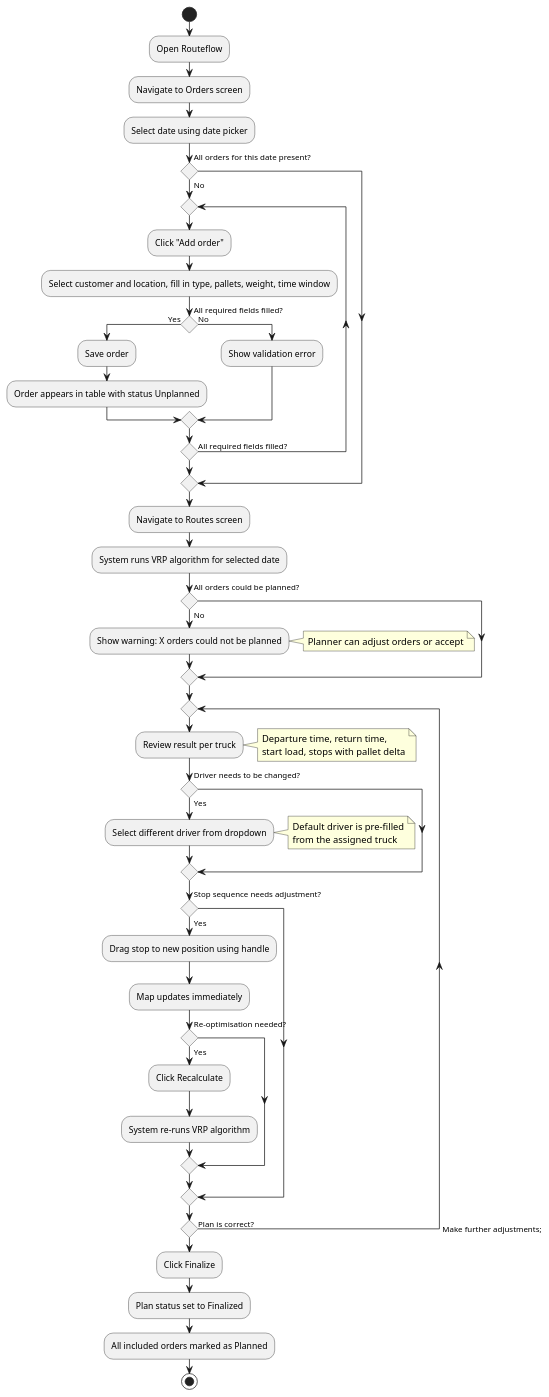
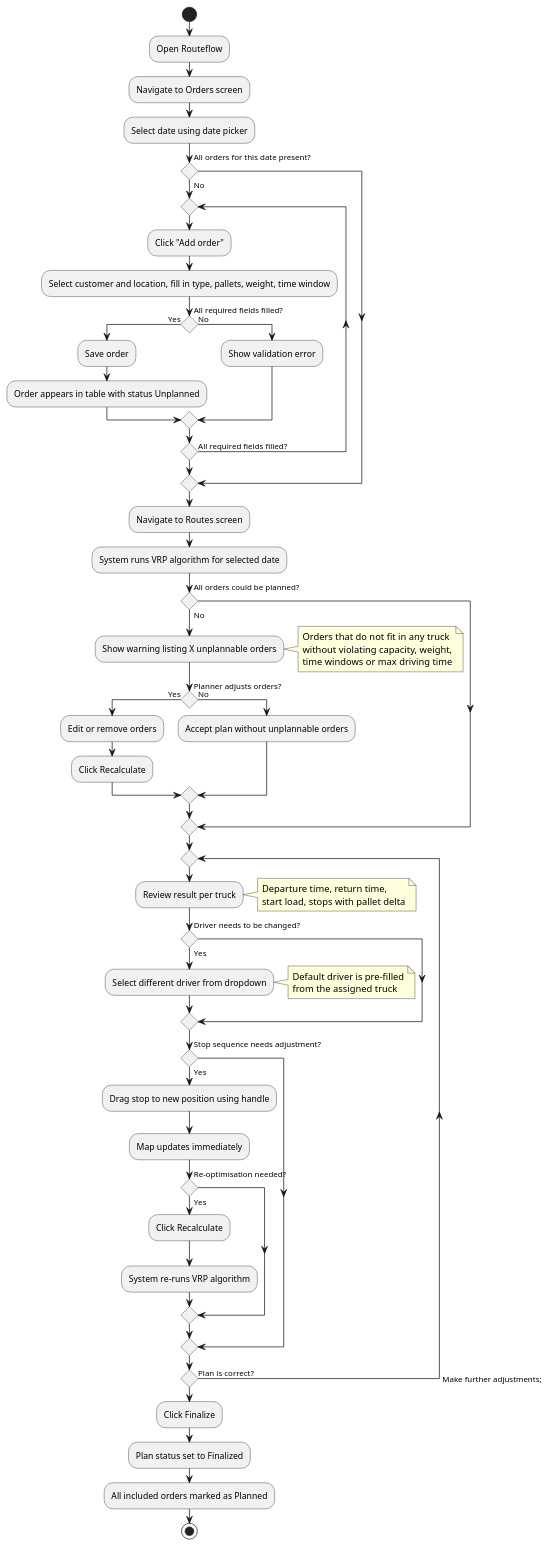
One commit to softwharee/gradrepo changed the second of 5 diagrams in functional-design/readme.md. Above: the diagram before and after it, drawn with PlantUML. The commit also changed other lines of this file and 2 other files, not shown here.

````diff
--- a/functional-design/readme.md
+++ b/functional-design/readme.md
@@ -697,56 +761,62 @@
 ```plantuml
 @startuml
 skinparam conditionStyle diamond
 
 start
 :Open Routeflow;
 :Navigate to Orders screen;
 :Select date using date picker;
 
 if (All orders for this date present?) then (No)
   repeat
     :Click "Add order";
     :Select customer and location, fill in type, pallets, weight, time window;
     if (All required fields filled?) then (Yes)
       :Save order;
       :Order appears in table with status Unplanned;
     else (No)
       :Show validation error;
     endif
   repeat while (All required fields filled?) is (No)
 endif
 
 :Navigate to Routes screen;
 :System runs VRP algorithm for selected date;
 
 if (All orders could be planned?) then (No)
-  :Show warning: X orders could not be planned;
-  note right: Planner can adjust orders or accept
+  :Show warning listing X unplannable orders;
+  note right: Orders that do not fit in any truck\nwithout violating capacity, weight,\ntime windows or max driving time
+  if (Planner adjusts orders?) then (Yes)
+    :Edit or remove orders;
+    :Click Recalculate;
+  else (No)
+    :Accept plan without unplannable orders;
+  endif
 endif
 
 repeat
   :Review result per truck;
   note right: Departure time, return time,\nstart load, stops with pallet delta
 
   if (Driver needs to be changed?) then (Yes)
     :Select different driver from dropdown;
     note right: Default driver is pre-filled\nfrom the assigned truck
   endif
 
   if (Stop sequence needs adjustment?) then (Yes)
     :Drag stop to new position using handle;
     :Map updates immediately;
     if (Re-optimisation needed?) then (Yes)
       :Click Recalculate;
       :System re-runs VRP algorithm;
     endif
   endif
 repeat while (Plan is correct?) is (No) -> Make further adjustments;
 
 :Click Finalize;
 :Plan status set to Finalized;
 :All included orders marked as Planned;
 
 stop
 @enduml
 ```
````
